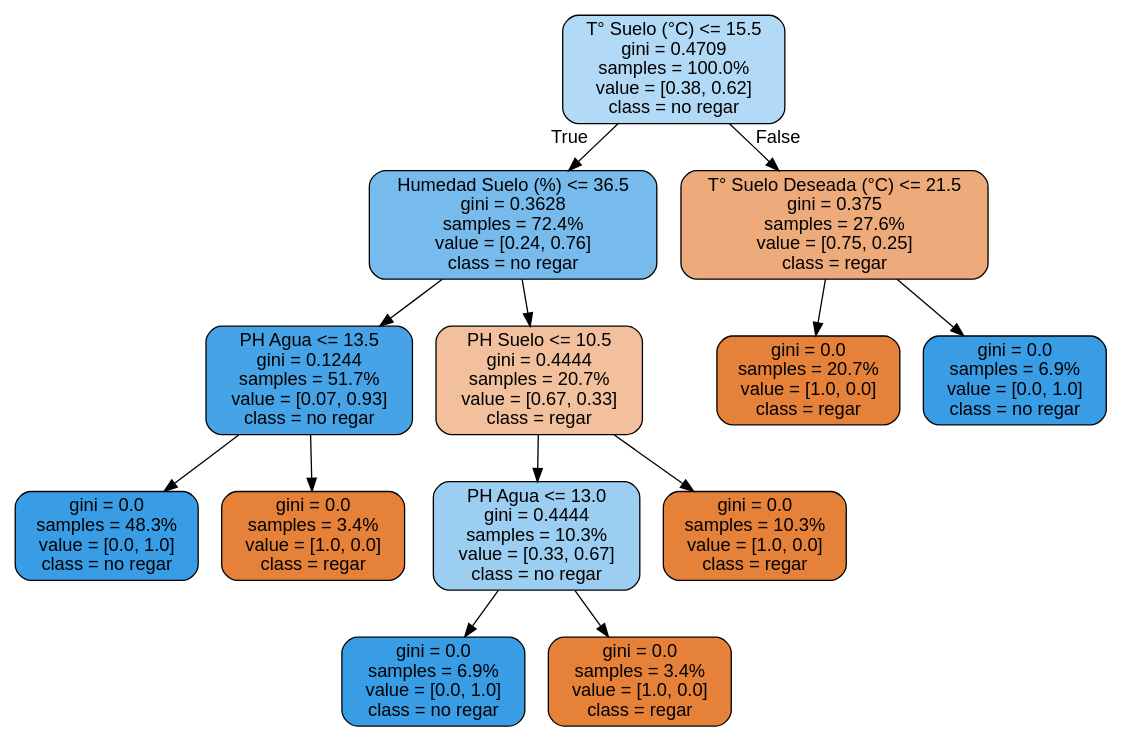
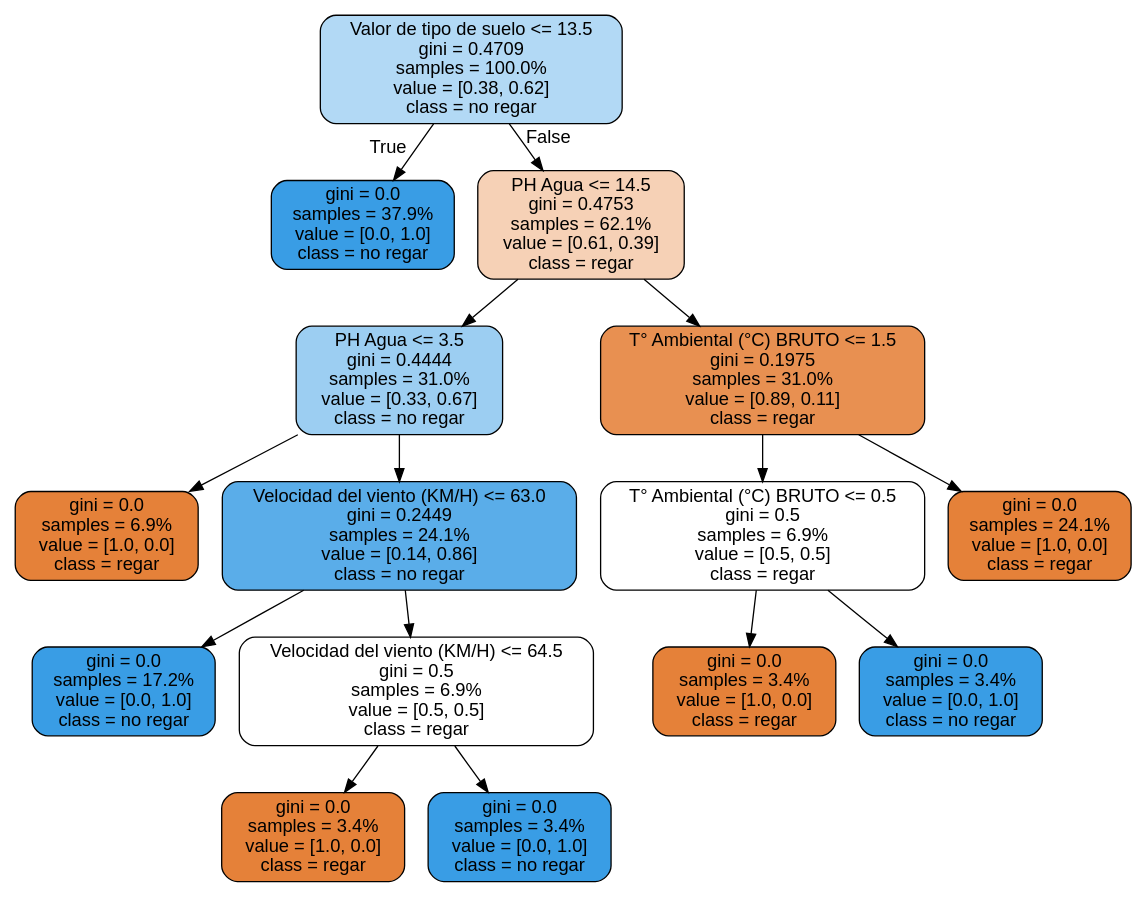
Before and after one commit to fmedel/Tarea-IA-arbol: the diagram in treeMacarena.dot, drawn with Graphviz. The commit also changed 3 other files, not shown here.

```diff
--- a/treeMacarena.dot
+++ b/treeMacarena.dot
@@ -1,29 +1,33 @@
 digraph Tree {
 node [shape=box, style="filled, rounded", color="black", fontname=helvetica] ;
 edge [fontname=helvetica] ;
-0 [label="T° Suelo (°C) <= 15.5\ngini = 0.4709\nsamples = 100.0%\nvalue = [0.38, 0.62]\nclass = no regar", fillcolor="#399de563"] ;
-1 [label="Humedad Suelo (%) <= 36.5\ngini = 0.3628\nsamples = 72.4%\nvalue = [0.24, 0.76]\nclass = no regar", fillcolor="#399de5af"] ;
+0 [label="Valor de tipo de suelo <= 13.5\ngini = 0.4709\nsamples = 100.0%\nvalue = [0.38, 0.62]\nclass = no regar", fillcolor="#399de563"] ;
+1 [label="gini = 0.0\nsamples = 37.9%\nvalue = [0.0, 1.0]\nclass = no regar", fillcolor="#399de5ff"] ;
 0 -> 1 [labeldistance=2.5, labelangle=45, headlabel="True"] ;
-2 [label="PH Agua <= 13.5\ngini = 0.1244\nsamples = 51.7%\nvalue = [0.07, 0.93]\nclass = no regar", fillcolor="#399de5ed"] ;
-1 -> 2 ;
-3 [label="gini = 0.0\nsamples = 48.3%\nvalue = [0.0, 1.0]\nclass = no regar", fillcolor="#399de5ff"] ;
+2 [label="PH Agua <= 14.5\ngini = 0.4753\nsamples = 62.1%\nvalue = [0.61, 0.39]\nclass = regar", fillcolor="#e581395d"] ;
+0 -> 2 [labeldistance=2.5, labelangle=-45, headlabel="False"] ;
+3 [label="PH Agua <= 3.5\ngini = 0.4444\nsamples = 31.0%\nvalue = [0.33, 0.67]\nclass = no regar", fillcolor="#399de57f"] ;
 2 -> 3 ;
-4 [label="gini = 0.0\nsamples = 3.4%\nvalue = [1.0, 0.0]\nclass = regar", fillcolor="#e58139ff"] ;
-2 -> 4 ;
-5 [label="PH Suelo <= 10.5\ngini = 0.4444\nsamples = 20.7%\nvalue = [0.67, 0.33]\nclass = regar", fillcolor="#e581397f"] ;
-1 -> 5 ;
-6 [label="PH Agua <= 13.0\ngini = 0.4444\nsamples = 10.3%\nvalue = [0.33, 0.67]\nclass = no regar", fillcolor="#399de57f"] ;
+4 [label="gini = 0.0\nsamples = 6.9%\nvalue = [1.0, 0.0]\nclass = regar", fillcolor="#e58139ff"] ;
+3 -> 4 ;
+5 [label="Velocidad del viento (KM/H) <= 63.0\ngini = 0.2449\nsamples = 24.1%\nvalue = [0.14, 0.86]\nclass = no regar", fillcolor="#399de5d4"] ;
+3 -> 5 ;
+6 [label="gini = 0.0\nsamples = 17.2%\nvalue = [0.0, 1.0]\nclass = no regar", fillcolor="#399de5ff"] ;
 5 -> 6 ;
-7 [label="gini = 0.0\nsamples = 6.9%\nvalue = [0.0, 1.0]\nclass = no regar", fillcolor="#399de5ff"] ;
-6 -> 7 ;
+7 [label="Velocidad del viento (KM/H) <= 64.5\ngini = 0.5\nsamples = 6.9%\nvalue = [0.5, 0.5]\nclass = regar", fillcolor="#e5813900"] ;
+5 -> 7 ;
 8 [label="gini = 0.0\nsamples = 3.4%\nvalue = [1.0, 0.0]\nclass = regar", fillcolor="#e58139ff"] ;
-6 -> 8 ;
-9 [label="gini = 0.0\nsamples = 10.3%\nvalue = [1.0, 0.0]\nclass = regar", fillcolor="#e58139ff"] ;
-5 -> 9 ;
-10 [label="T° Suelo Deseada (°C) <= 21.5\ngini = 0.375\nsamples = 27.6%\nvalue = [0.75, 0.25]\nclass = regar", fillcolor="#e58139aa"] ;
-0 -> 10 [labeldistance=2.5, labelangle=-45, headlabel="False"] ;
-11 [label="gini = 0.0\nsamples = 20.7%\nvalue = [1.0, 0.0]\nclass = regar", fillcolor="#e58139ff"] ;
+7 -> 8 ;
+9 [label="gini = 0.0\nsamples = 3.4%\nvalue = [0.0, 1.0]\nclass = no regar", fillcolor="#399de5ff"] ;
+7 -> 9 ;
+10 [label="T° Ambiental (°C) BRUTO <= 1.5\ngini = 0.1975\nsamples = 31.0%\nvalue = [0.89, 0.11]\nclass = regar", fillcolor="#e58139df"] ;
+2 -> 10 ;
+11 [label="T° Ambiental (°C) BRUTO <= 0.5\ngini = 0.5\nsamples = 6.9%\nvalue = [0.5, 0.5]\nclass = regar", fillcolor="#e5813900"] ;
 10 -> 11 ;
-12 [label="gini = 0.0\nsamples = 6.9%\nvalue = [0.0, 1.0]\nclass = no regar", fillcolor="#399de5ff"] ;
-10 -> 12 ;
+12 [label="gini = 0.0\nsamples = 3.4%\nvalue = [1.0, 0.0]\nclass = regar", fillcolor="#e58139ff"] ;
+11 -> 12 ;
+13 [label="gini = 0.0\nsamples = 3.4%\nvalue = [0.0, 1.0]\nclass = no regar", fillcolor="#399de5ff"] ;
+11 -> 13 ;
+14 [label="gini = 0.0\nsamples = 24.1%\nvalue = [1.0, 0.0]\nclass = regar", fillcolor="#e58139ff"] ;
+10 -> 14 ;
 }
```
